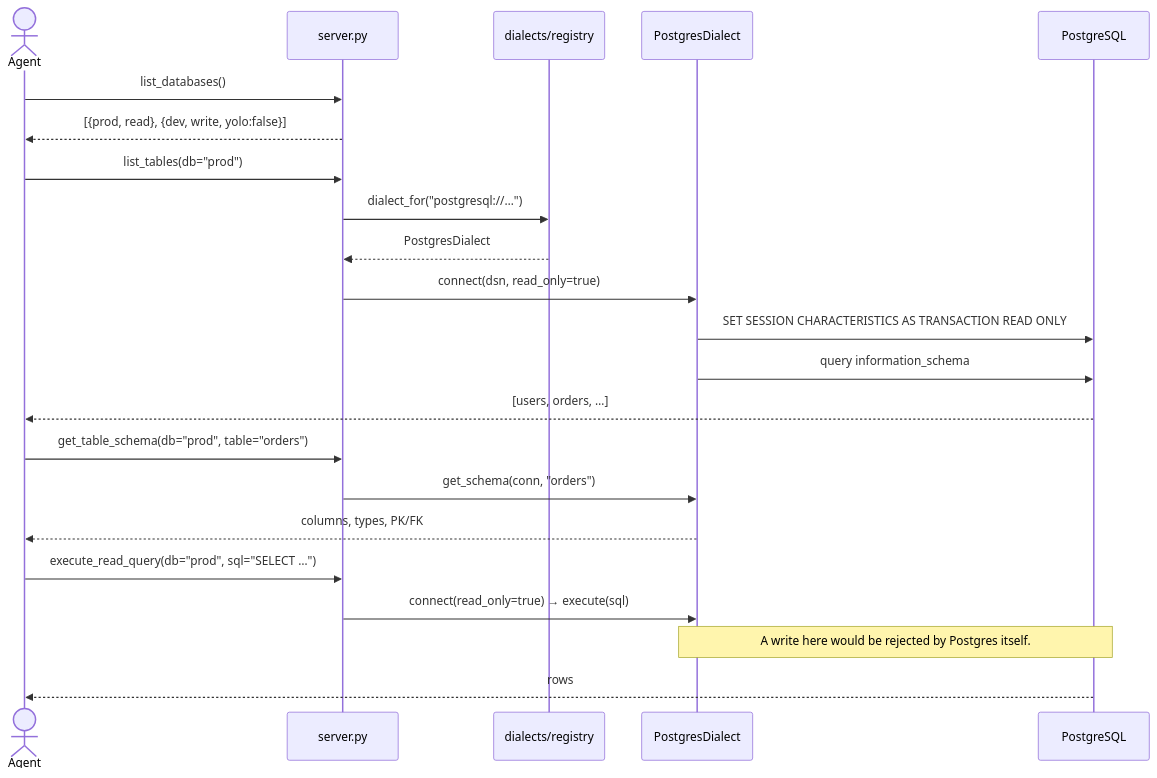
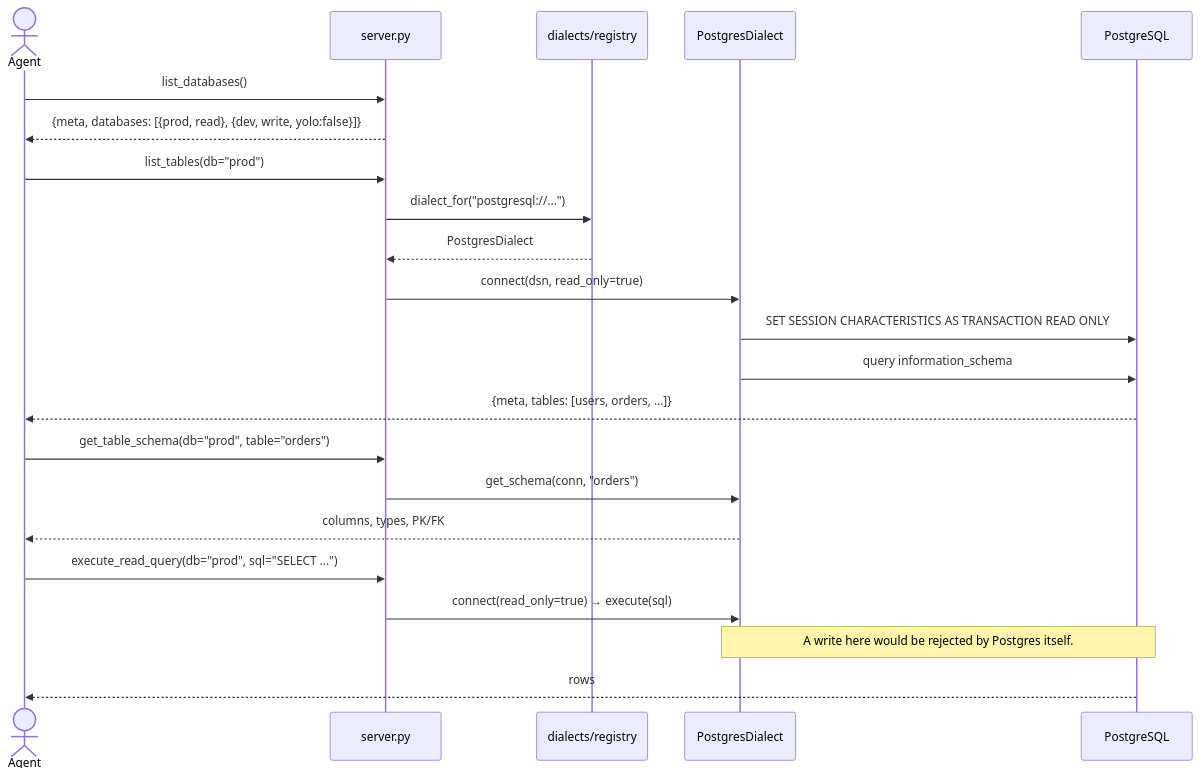
One commit to Idle-Sync/db-conn-mcp changed the second of 7 diagrams in docs/ARCHITECTURE.md. Above: the diagram before and after it, drawn with Mermaid. The commit also changed other lines of this file and 3 other files, not shown here.

````diff
--- a/docs/ARCHITECTURE.md
+++ b/docs/ARCHITECTURE.md
@@ -145,28 +147,28 @@
 ```mermaid
 sequenceDiagram
     actor Agent
     participant Server as server.py
     participant Reg as dialects/registry
     participant PG as PostgresDialect
     participant DB as PostgreSQL
 
     Agent->>Server: list_databases()
-    Server-->>Agent: [{prod, read}, {dev, write, yolo:false}]
+    Server-->>Agent: {meta, databases: [{prod, read}, {dev, write, yolo:false}]}
 
     Agent->>Server: list_tables(db="prod")
     Server->>Reg: dialect_for("postgresql://…")
     Reg-->>Server: PostgresDialect
     Server->>PG: connect(dsn, read_only=true)
     PG->>DB: SET SESSION CHARACTERISTICS AS TRANSACTION READ ONLY
     PG->>DB: query information_schema
-    DB-->>Agent: [users, orders, …]
+    DB-->>Agent: {meta, tables: [users, orders, …]}
 
     Agent->>Server: get_table_schema(db="prod", table="orders")
     Server->>PG: get_schema(conn, "orders")
     PG-->>Agent: columns, types, PK/FK
 
     Agent->>Server: execute_read_query(db="prod", sql="SELECT …")
     Server->>PG: connect(read_only=true) → execute(sql)
     Note over PG,DB: A write here would be rejected by Postgres itself.
     DB-->>Agent: rows
 ```
````
